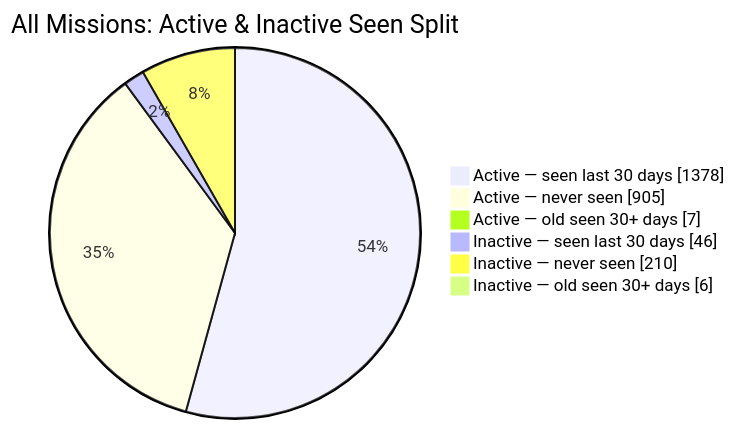
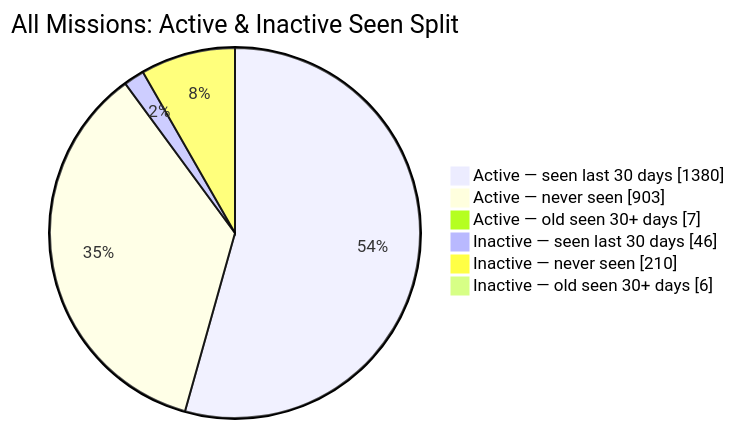
One commit to MeldkamerspelGameTeam/active-missions changed the second of 2 diagrams in README.md. Above: the diagram before and after it, drawn with Mermaid. The commit also changed other lines of this file and 2 other files, not shown here.

````diff
--- a/README.md
+++ b/README.md
@@ -44,10 +44,10 @@
 ```mermaid
 pie showData
     title All Missions: Active & Inactive Seen Split
-    "Active — seen last 30 days" : 1378
-    "Active — never seen" : 905
+    "Active — seen last 30 days" : 1380
+    "Active — never seen" : 903
     "Active — old seen 30+ days" : 7
     "Inactive — seen last 30 days" : 46
     "Inactive — never seen" : 210
     "Inactive — old seen 30+ days" : 6
 ```
````
